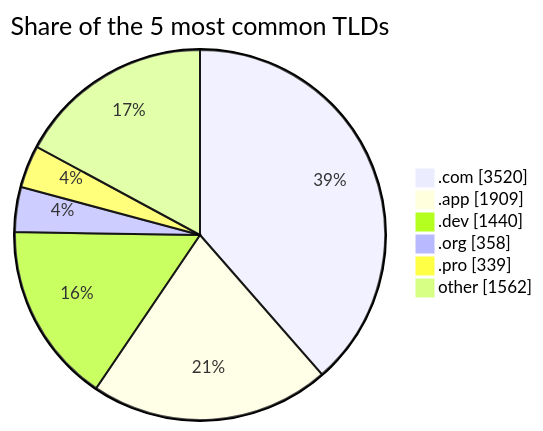
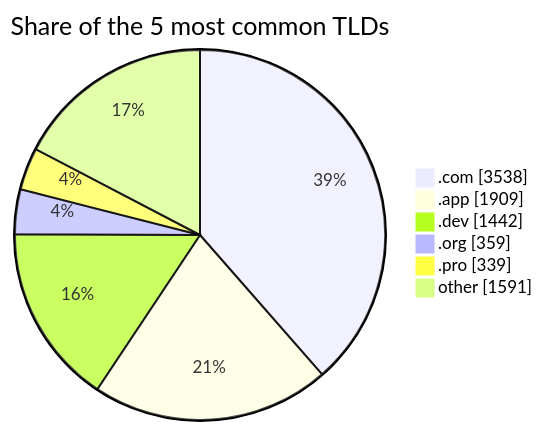
Before and after one commit to DNSBunker/CTI: the second of 2 diagrams in README.md, drawn with Mermaid. The commit also changed other lines of this file and 3 other files, not shown here.

````diff
--- a/README.md
+++ b/README.md
@@ -72,9 +72,9 @@
 ```mermaid
 pie showData title Share of the 5 most common TLDs
-    ".com" : 3520
+    ".com" : 3538
     ".app" : 1909
-    ".dev" : 1440
-    ".org" : 358
+    ".dev" : 1442
+    ".org" : 359
     ".pro" : 339
-    "other" : 1562
+    "other" : 1591
 ```
````
